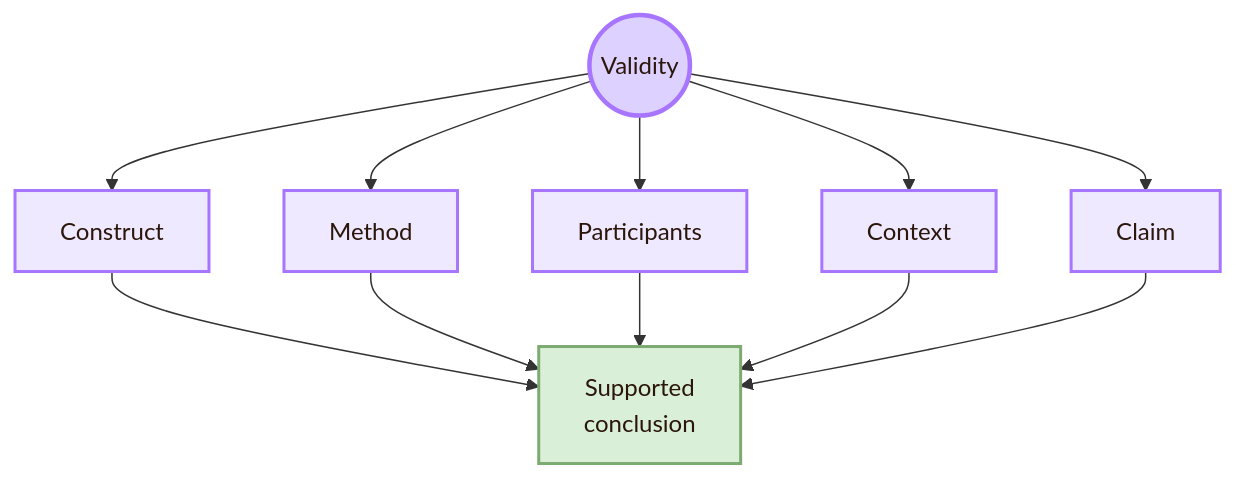
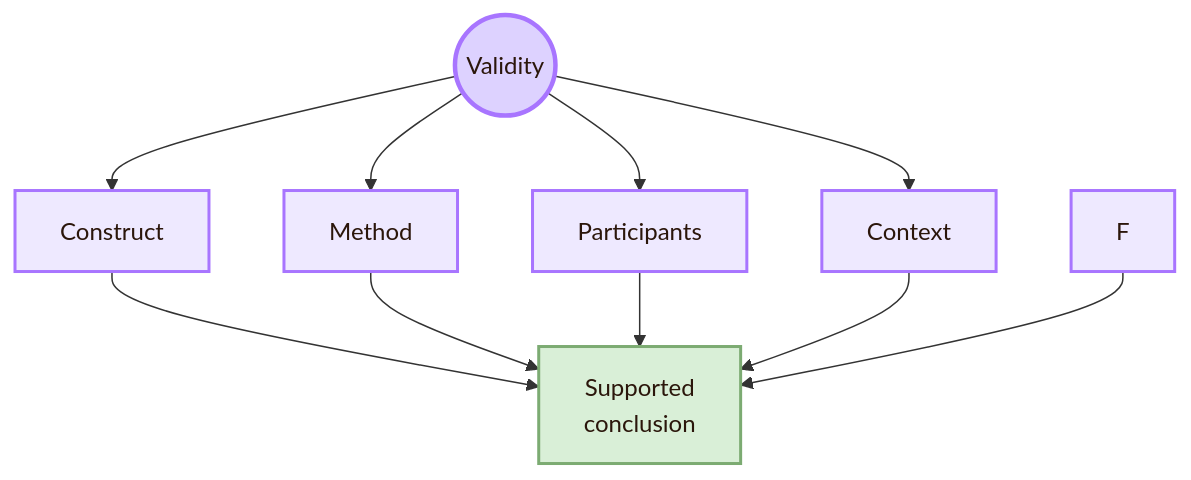
Before and after one commit to andreitegzes06-ui/CogniShire: the fourth of 15 diagrams in 01_Core_Area_HCI/001_Subareas/03_Evaluating_the_Design/Open Problems.md, drawn with Mermaid. The commit also changed other lines of this file and 131 other files, not shown here.

````diff
--- a/01_Core_Area_HCI/001_Subareas/03_Evaluating_the_Design/Open Problems.md
+++ b/01_Core_Area_HCI/001_Subareas/03_Evaluating_the_Design/Open Problems.md
@@ -223,24 +209,23 @@
 ```mermaid
 flowchart TB
     A((Validity))
 
     A --> B[Construct]
     A --> C[Method]
     A --> D[Participants]
     A --> E[Context]
-    A --> F[Claim]
 
     B --> G[Supported<br/>conclusion]
     C --> G
     D --> G
     E --> G
     F --> G
 
     classDef center fill:#ddd2ff,stroke:#a875ff,color:#2b160b,stroke-width:3px;
     classDef node fill:#eee9ff,stroke:#a875ff,color:#2b160b,stroke-width:2px;
     classDef final fill:#d9efd7,stroke:#7cab72,color:#2b160b,stroke-width:2px;
 
     class A center;
     class B,C,D,E,F node;
     class G final;
 ```
````
